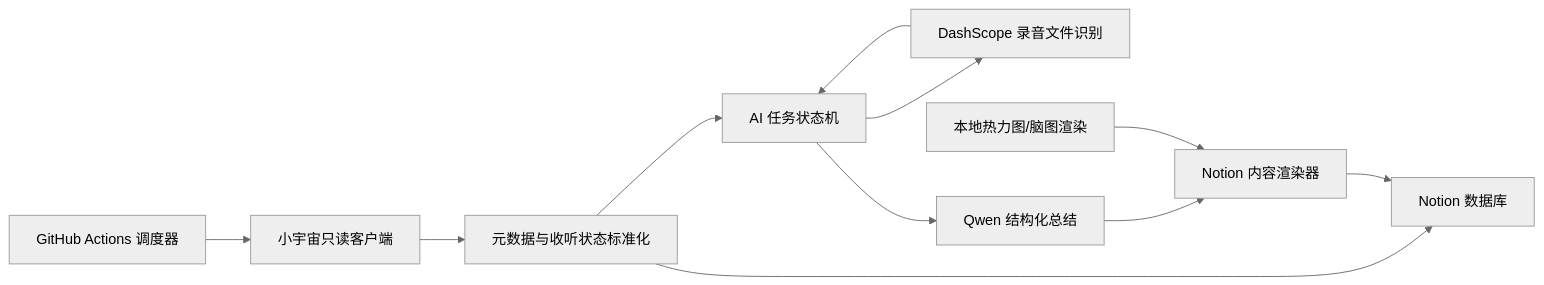
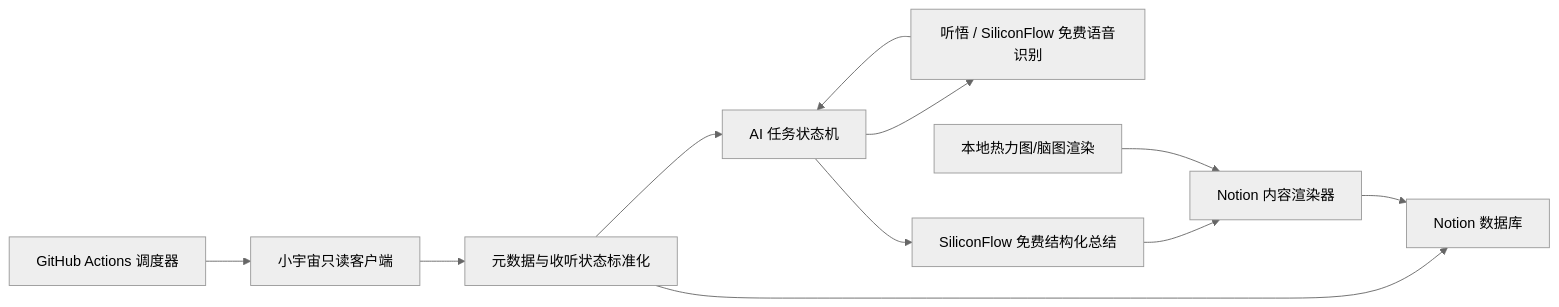
One commit to guoyingwei6/Xyz2Notion changed the diagram in outputs/小宇宙到Notion开源重写调研与实施计划.md. Above: the diagram before and after it, drawn with Mermaid (neutral theme). The commit also changed other lines of this file and 32 other files, not shown here.

Commit message:
feat: use SiliconFlow free models for AI enrichment

````diff
--- a/outputs/小宇宙到Notion开源重写调研与实施计划.md
+++ b/outputs/小宇宙到Notion开源重写调研与实施计划.md
@@ -122,13 +122,13 @@
 ```mermaid
 flowchart LR
     A["GitHub Actions 调度器"] --> B["小宇宙只读客户端"]
     B --> C["元数据与收听状态标准化"]
     C --> D["Notion 数据库"]
     C --> E["AI 任务状态机"]
-    E --> F["DashScope 录音文件识别"]
+    E --> F["听悟 / SiliconFlow 免费语音识别"]
     F --> E
-    E --> G["Qwen 结构化总结"]
+    E --> G["SiliconFlow 免费结构化总结"]
     G --> H["Notion 内容渲染器"]
     H --> D
     I["本地热力图/脑图渲染"] --> H
 ```
````
